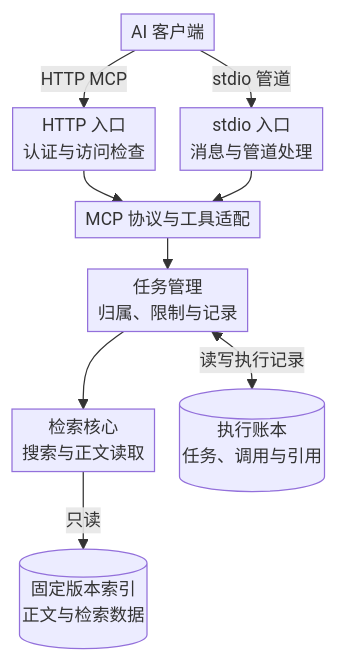
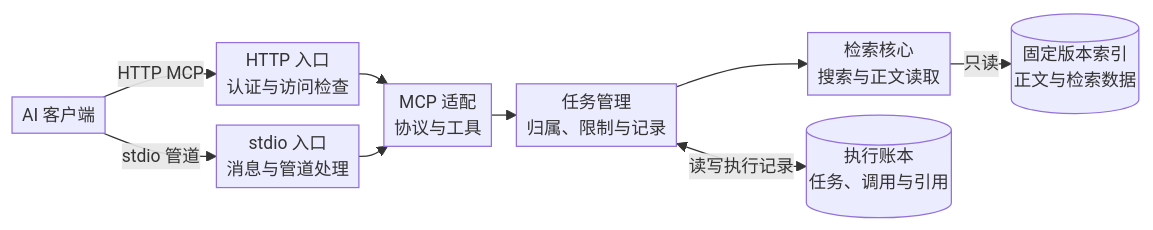
One commit to def-a-name/learn-corpus changed the third of 5 diagrams in docs/architecture.md. Above: the diagram before and after it, drawn with Mermaid. The commit also changed other lines of this file and 8 other files, not shown here.

````diff
--- a/docs/architecture.md
+++ b/docs/architecture.md
@@ -151,21 +164,25 @@
 ```mermaid
 ---
 config:
+  look: classic
+  layout: dagre
   themeVariables:
     fontSize: 14px
   flowchart:
-    nodeSpacing: 20
-    rankSpacing: 25
+    minNodeWidth: 0
+    wrappingWidth: 160
+    nodeSpacing: 16
+    rankSpacing: 20
     diagramPadding: 4
     padding: 4
 ---
-flowchart TD
+flowchart LR
     A["AI 客户端"] -->|HTTP MCP| H["HTTP 入口<br/>认证与访问检查"]
     A -->|stdio 管道| S["stdio 入口<br/>消息与管道处理"]
-    H --> M["MCP 协议与工具适配"]
+    H --> M["MCP 适配<br/>协议与工具"]
     S --> M
     M --> T["任务管理<br/>归属、限制与记录"]
     T --> C
     T <-->|读写执行记录| L[("执行账本<br/>任务、调用与引用")]
     C["检索核心<br/>搜索与正文读取"] -->|只读| I[("固定版本索引<br/>正文与检索数据")]
 ```
````
